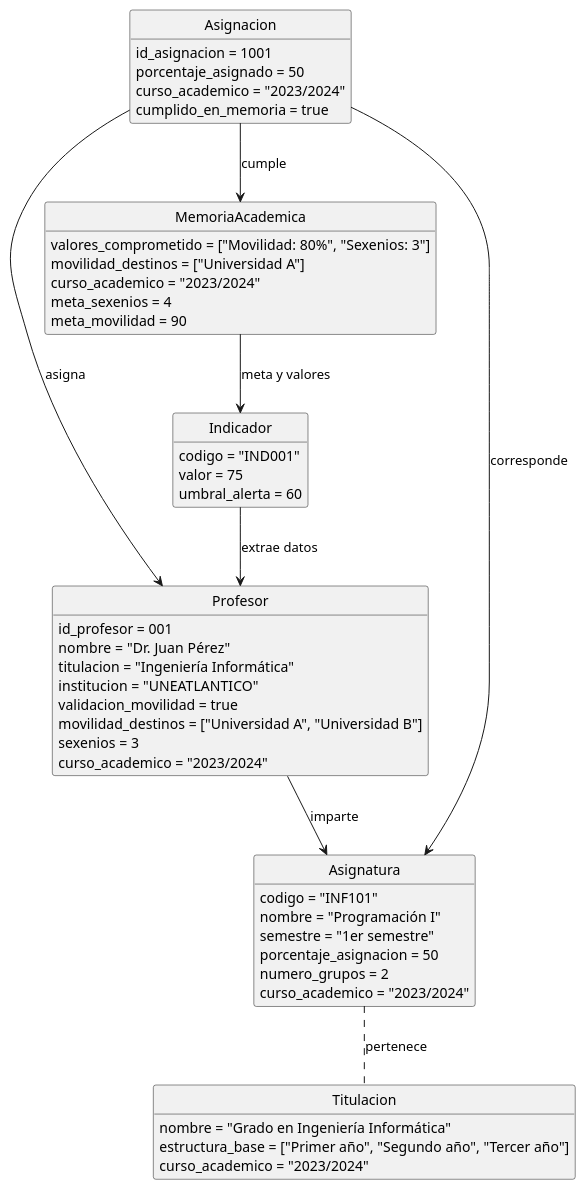
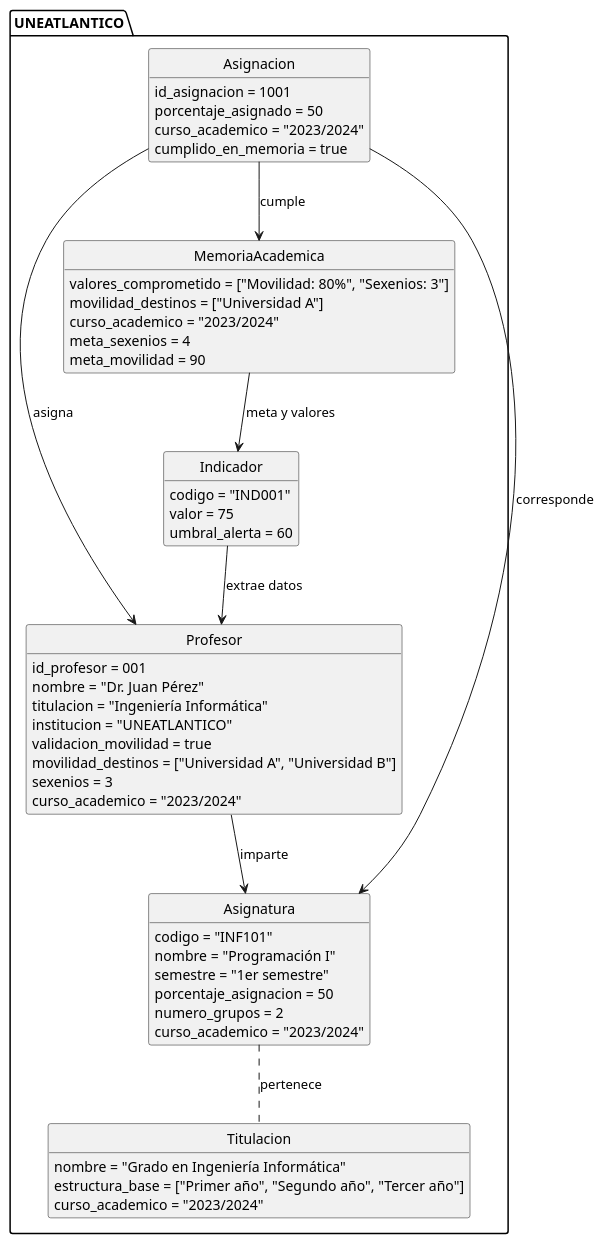
The diagram in modelosUML/MdD/diagramaDeObjetos.puml (mmasias/24-25-IdSw1-SDR), drawn with PlantUML before and after one commit. The commit also changed 1 other file, not shown here.

Commit message:
update diagrama de objetos

```diff
--- a/modelosUML/MdD/diagramaDeObjetos.puml
+++ b/modelosUML/MdD/diagramaDeObjetos.puml
@@ -1,64 +1,63 @@
 @startuml
 
-    hide circle
-    hide empty members
-    
-   Asignacion --> Profesor : asigna
-    Asignacion --> Asignatura : corresponde
-    Asignacion --> MemoriaAcademica : cumple
-    MemoriaAcademica --> Indicador : meta y valores
-    Indicador --> Profesor : extrae datos
-    Asignatura .. Titulacion : pertenece
-    Profesor --> Asignatura : imparte
+    package UNEATLANTICO {
+        hide circle
+        hide empty members
+        
+        Asignacion --> Profesor : asigna
+        Asignacion --> Asignatura : corresponde
+        Asignacion --> MemoriaAcademica : cumple
+        MemoriaAcademica --> Indicador : meta y valores
+        Indicador --> Profesor : extrae datos
+        Asignatura .. Titulacion : pertenece
+        Profesor --> Asignatura : imparte
 
-class Profesor {
-    id_profesor = 001
-    nombre = "Dr. Juan Pérez"
-    titulacion = "Ingeniería Informática"
-    institucion = "UNEATLANTICO"
-    validacion_movilidad = true
-    movilidad_destinos = ["Universidad A", "Universidad B"]
-    sexenios = 3
-    curso_academico = "2023/2024"
-}
+        class Profesor {
+            id_profesor = 001
+            nombre = "Dr. Juan Pérez"
+            titulacion = "Ingeniería Informática"
+            institucion = "UNEATLANTICO"
+            validacion_movilidad = true
+            movilidad_destinos = ["Universidad A", "Universidad B"]
+            sexenios = 3
+            curso_academico = "2023/2024"
+        }
 
+        class Asignatura {
+            codigo = "INF101"
+            nombre = "Programación I"
+            semestre = "1er semestre"
+            porcentaje_asignacion = 50
+            numero_grupos = 2
+            curso_academico = "2023/2024"
+        }
 
+        class Titulacion {
+            nombre = "Grado en Ingeniería Informática"
+            estructura_base = ["Primer año", "Segundo año", "Tercer año"]
+            curso_academico = "2023/2024"
+        }
 
-class Asignatura {
-    codigo = "INF101"
-    nombre = "Programación I"
-    semestre = "1er semestre"
-    porcentaje_asignacion = 50
-    numero_grupos = 2
-    curso_academico = "2023/2024"
-}
+        class MemoriaAcademica {
+            valores_comprometido = ["Movilidad: 80%", "Sexenios: 3"]
+            movilidad_destinos = ["Universidad A"]
+            curso_academico = "2023/2024"
+            meta_sexenios = 4
+            meta_movilidad = 90
+        }
 
-class Titulacion {
-    nombre = "Grado en Ingeniería Informática"
-    estructura_base = ["Primer año", "Segundo año", "Tercer año"]
-    curso_academico = "2023/2024"
-}
+        class Indicador {
+            codigo = "IND001"
+            valor = 75
+            umbral_alerta = 60
+        }
 
-class MemoriaAcademica {
-    valores_comprometido = ["Movilidad: 80%", "Sexenios: 3"]
-    movilidad_destinos = ["Universidad A"]
-    curso_academico = "2023/2024"
-    meta_sexenios = 4
-    meta_movilidad = 90
-}
-
-class Indicador {
-    codigo = "IND001"
-    valor = 75
-    umbral_alerta = 60
-}
-
-class Asignacion {
-    id_asignacion = 1001
-    porcentaje_asignado = 50
-    curso_academico = "2023/2024"
-    cumplido_en_memoria = true
-}
-
+        class Asignacion {
+            id_asignacion = 1001
+            porcentaje_asignado = 50
+            curso_academico = "2023/2024"
+            cumplido_en_memoria = true
+        }
+    }
 
 @enduml
```
